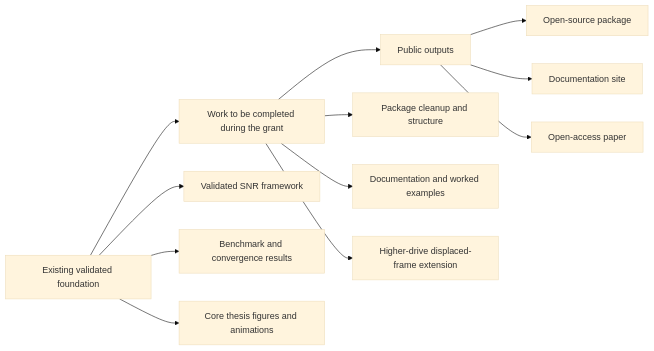
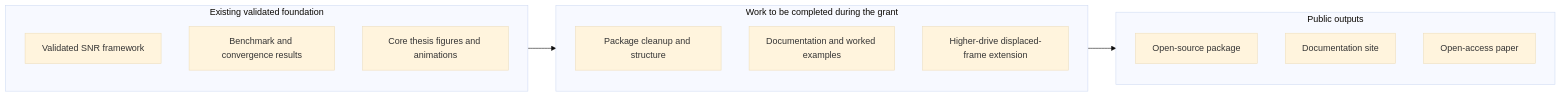
The first of 2 diagrams in README.md (ziaahmed812/qubit-readout-repo), drawn with Mermaid (base theme) before and after one commit.

Commit message:
Simplify grant-status overview figure

````diff
--- a/README.md
+++ b/README.md
@@ -34,17 +34,25 @@
 ```mermaid
 flowchart LR
-    A[Existing validated foundation] --> B[Work to be completed during the grant]
-    B --> C[Public outputs]
+    subgraph A["Existing validated foundation"]
+        direction TB
+        A1[Validated SNR framework]
+        A2[Benchmark and convergence results]
+        A3[Core thesis figures and animations]
+    end
 
-    A --> A1[Validated SNR framework]
-    A --> A2[Benchmark and convergence results]
-    A --> A3[Core thesis figures and animations]
+    subgraph B["Work to be completed during the grant"]
+        direction TB
+        B1[Package cleanup and structure]
+        B2[Documentation and worked examples]
+        B3[Higher-drive displaced-frame extension]
+    end
 
-    B --> B1[Package cleanup and structure]
-    B --> B2[Documentation and worked examples]
-    B --> B3[Higher-drive displaced-frame extension]
+    subgraph C["Public outputs"]
+        direction TB
+        C1[Open-source package]
+        C2[Documentation site]
+        C3[Open-access paper]
+    end
 
-    C --> C1[Open-source package]
-    C --> C2[Documentation site]
-    C --> C3[Open-access paper]
+    A --> B --> C
 ```
````
